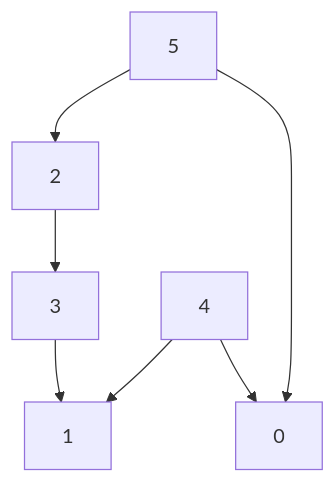
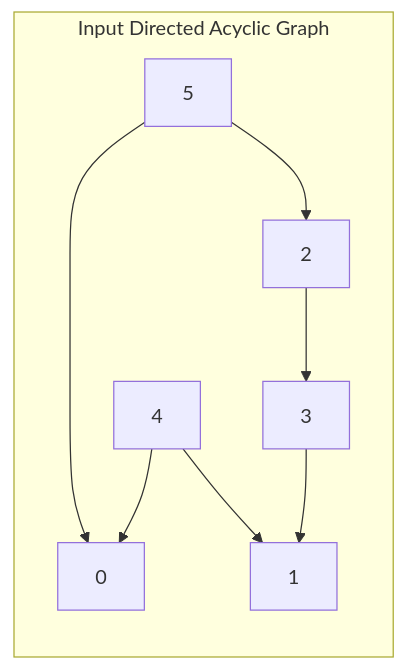
The first of 2 diagrams in Source Code/Topological Sort/README.md (Amey-Thakur/PYTHON-SHORTS), drawn with Mermaid before and after one commit. The commit also changed other lines of this file, not shown here.

````diff
--- a/Source Code/Topological Sort/README.md
+++ b/Source Code/Topological Sort/README.md
@@ -48,9 +50,12 @@
 ```mermaid
-graph TD
-    5 --> 2
-    5 --> 0
-    4 --> 0
-    4 --> 1
-    2 --> 3
-    3 --> 1
+flowchart TD
+    subgraph DAG ["Input Directed Acyclic Graph"]
+        direction TB
+        5 --> 2
+        5 --> 0
+        4 --> 0
+        4 --> 1
+        2 --> 3
+        3 --> 1
+    end
 ```
````
